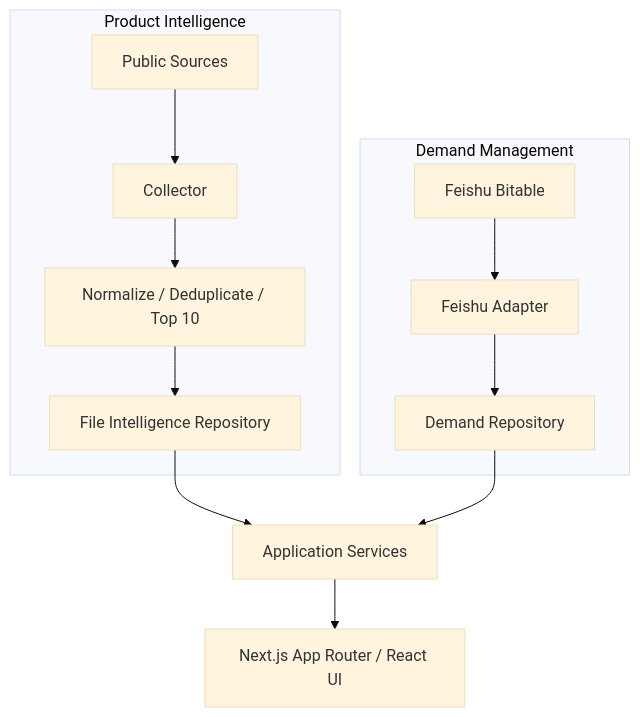
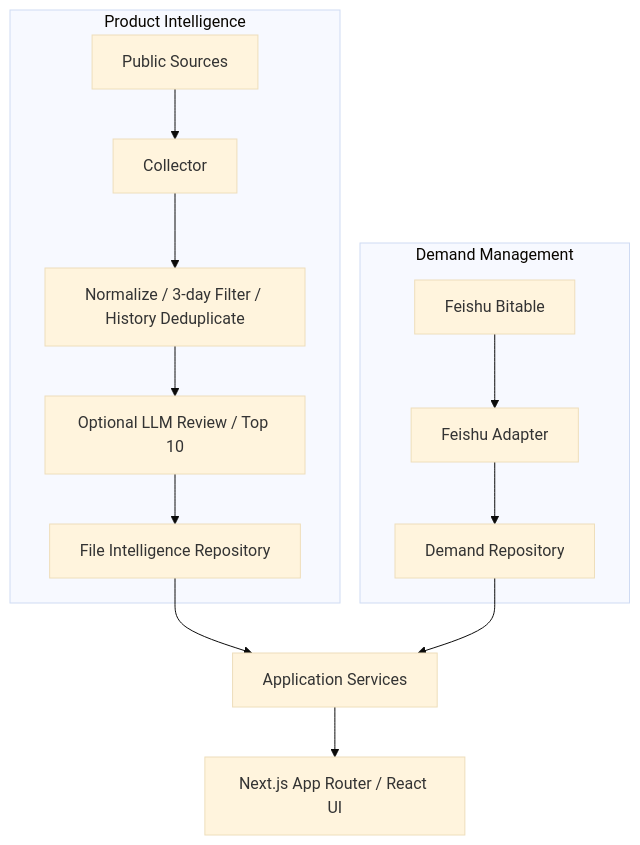
The third of 4 diagrams in README.md (bbc804208302/AIPM-), drawn with Mermaid (base theme) before and after one commit. The commit also changed other lines of this file and 5 other files, not shown here.

````diff
--- a/README.md
+++ b/README.md
@@ -144,17 +153,18 @@
 ```mermaid
 flowchart TB
   subgraph Intelligence[Product Intelligence]
     PS[Public Sources] --> CO[Collector]
-    CO --> NR[Normalize / Deduplicate / Top 10]
-    NR --> IR[File Intelligence Repository]
+    CO --> NR[Normalize / 3-day Filter / History Deduplicate]
+    NR --> LR[Optional LLM Review / Top 10]
+    LR --> IR[File Intelligence Repository]
   end
 
   subgraph Demand[Demand Management]
     FB[Feishu Bitable] --> FA[Feishu Adapter]
     FA --> DR[Demand Repository]
   end
 
   IR --> AS[Application Services]
   DR --> AS
   AS --> UI[Next.js App Router / React UI]
 ```
````
